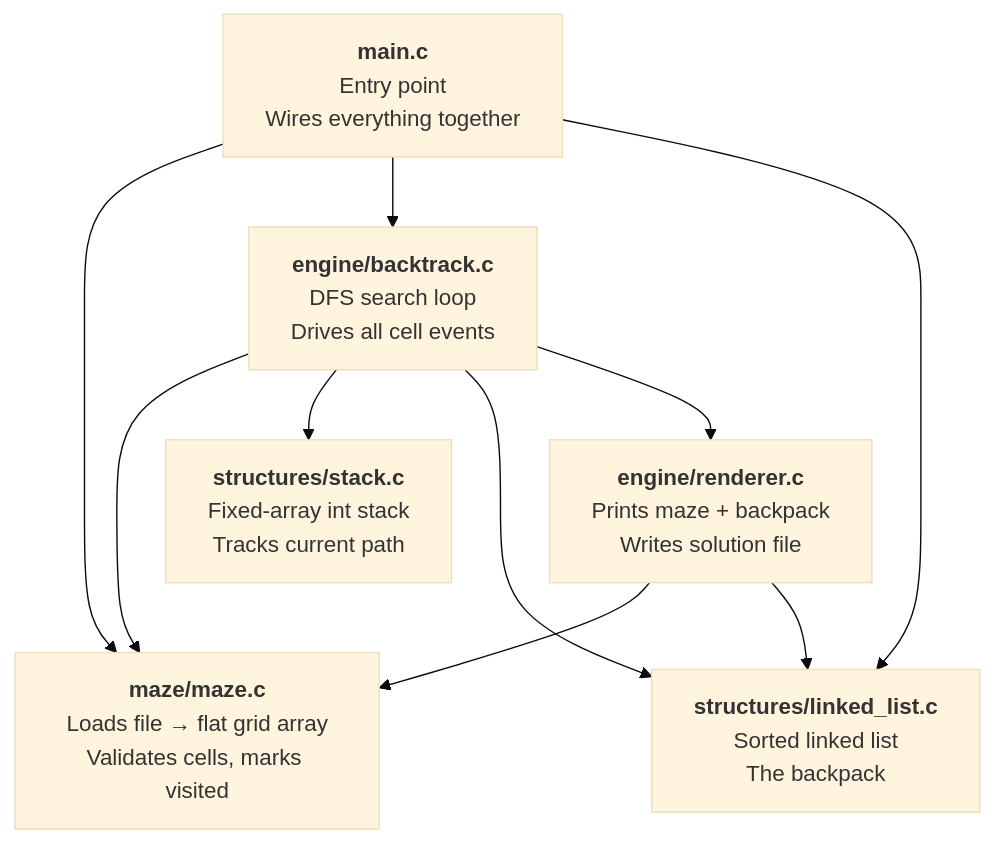
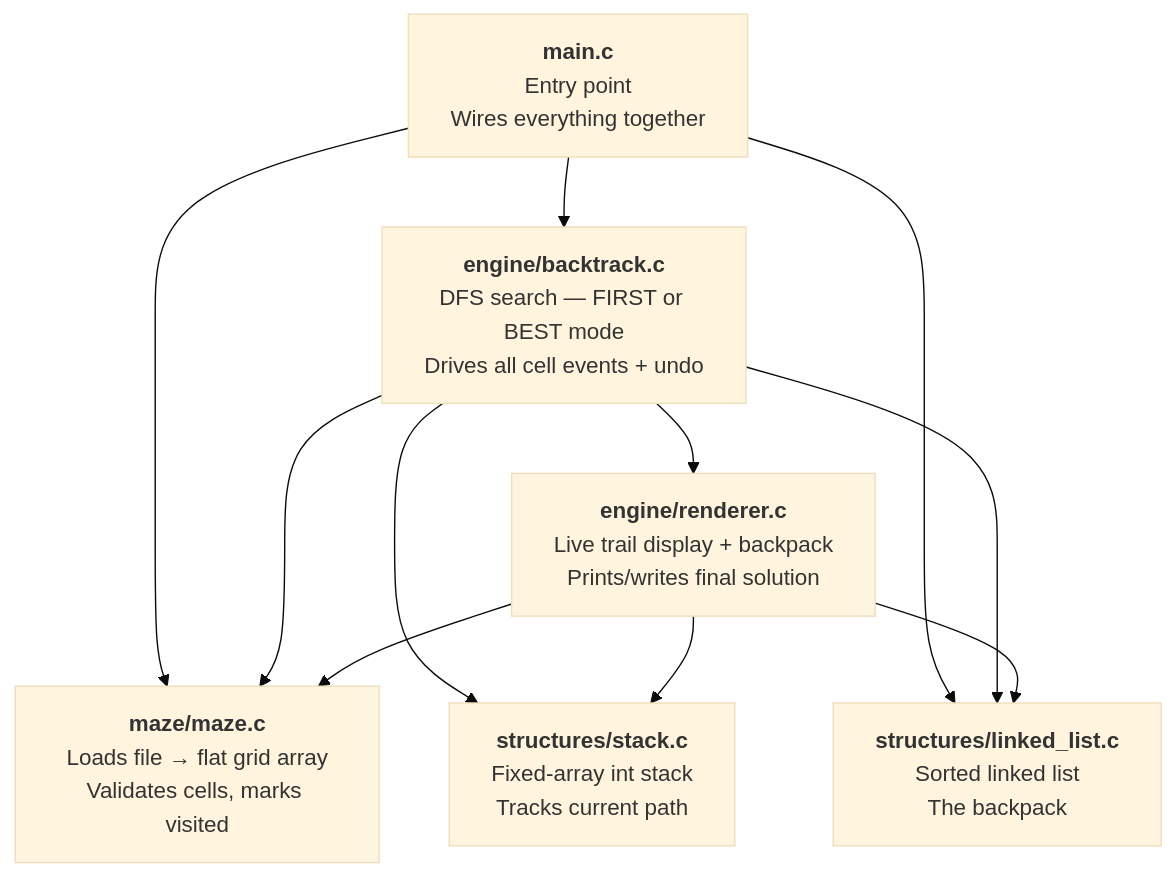
The first of 5 diagrams in docs/architecture.md (P-py/c-backtracking-maze), drawn with Mermaid (base theme) before and after one commit. The commit also changed other lines of this file and 14 other files, not shown here.

````diff
--- a/docs/architecture.md
+++ b/docs/architecture.md
@@ -9,26 +9,27 @@
 ```mermaid
 graph TD
     main["<b>main.c</b><br/>Entry point<br/>Wires everything together"]
 
     maze["<b>maze/maze.c</b><br/>Loads file → flat grid array<br/>Validates cells, marks visited"]
 
-    backtrack["<b>engine/backtrack.c</b><br/>DFS search loop<br/>Drives all cell events"]
+    backtrack["<b>engine/backtrack.c</b><br/>DFS search — FIRST or BEST mode<br/>Drives all cell events + undo"]
 
-    renderer["<b>engine/renderer.c</b><br/>Prints maze + backpack<br/>Writes solution file"]
+    renderer["<b>engine/renderer.c</b><br/>Live trail display + backpack<br/>Prints/writes final solution"]
 
     stack["<b>structures/stack.c</b><br/>Fixed-array int stack<br/>Tracks current path"]
 
     linked_list["<b>structures/linked_list.c</b><br/>Sorted linked list<br/>The backpack"]
 
     main       --> maze
     main       --> backtrack
     main       --> linked_list
 
     backtrack  --> maze
     backtrack  --> stack
     backtrack  --> linked_list
     backtrack  --> renderer
 
     renderer   --> maze
     renderer   --> linked_list
+    renderer   --> stack
 ```
````
